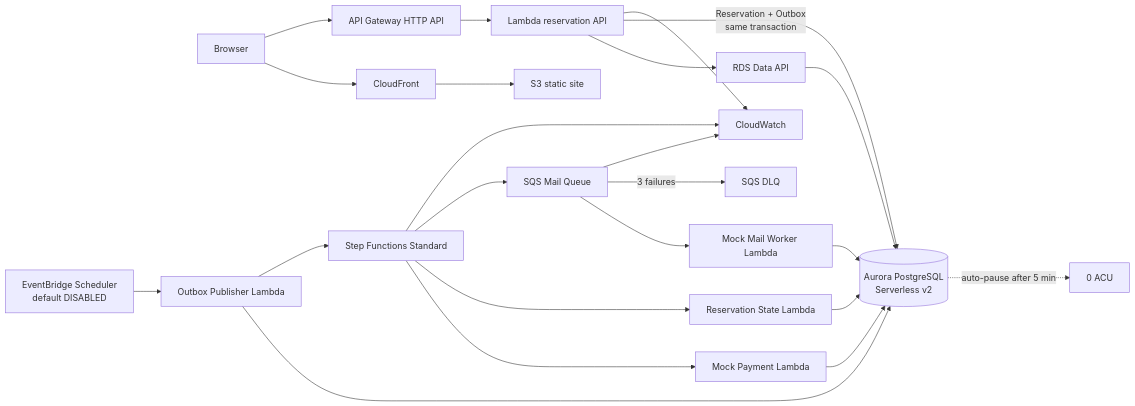
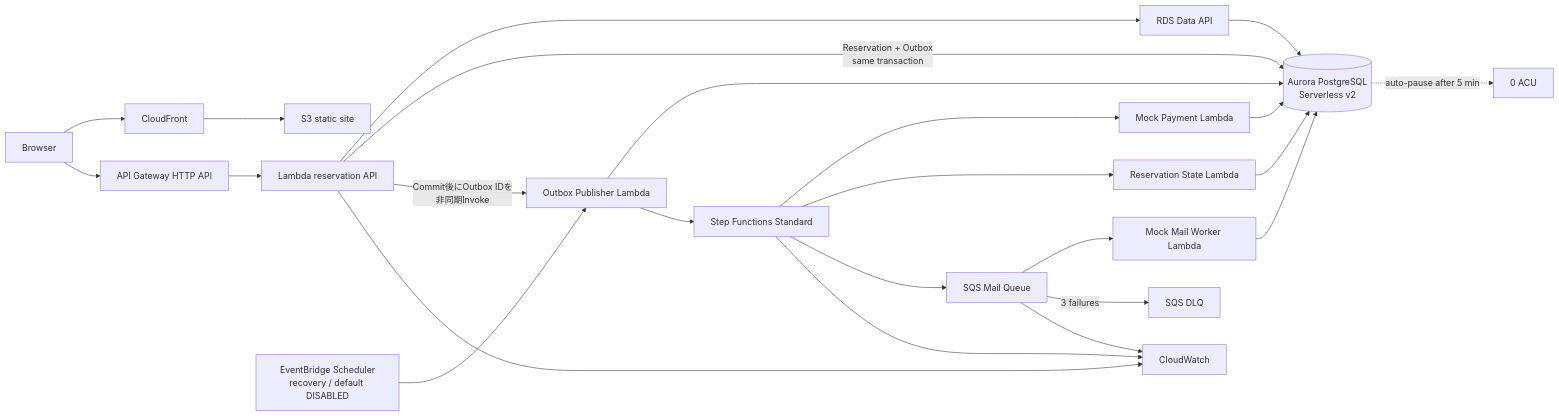
One commit to beetrand/sap changed the diagram in ticketing-lab/README.md. Above: the diagram before and after it, drawn with Mermaid. The commit also changed other lines of this file and 5 other files, not shown here.

````diff
--- a/ticketing-lab/README.md
+++ b/ticketing-lab/README.md
@@ -9,25 +9,26 @@
 ```mermaid
 flowchart LR
     U[Browser] --> CF[CloudFront]
     CF --> S3[S3 static site]
     U --> APIGW[API Gateway HTTP API]
     APIGW --> API[Lambda reservation API]
     API --> DATA[RDS Data API]
     DATA --> A[(Aurora PostgreSQL<br/>Serverless v2)]
     API -->|Reservation + Outbox<br/>same transaction| A
-    SCH[EventBridge Scheduler<br/>default DISABLED] --> PUB[Outbox Publisher Lambda]
+    API -->|Commit後にOutbox IDを<br/>非同期Invoke| PUB[Outbox Publisher Lambda]
+    SCH[EventBridge Scheduler<br/>recovery / default DISABLED] --> PUB
     PUB --> A
     PUB --> SF[Step Functions Standard]
     SF --> PAY[Mock Payment Lambda]
     SF --> RS[Reservation State Lambda]
     PAY --> A
     RS --> A
     SF --> Q[SQS Mail Queue]
     Q --> MW[Mock Mail Worker Lambda]
     Q -->|3 failures| DLQ[SQS DLQ]
     MW --> A
     API --> CW[CloudWatch]
     SF --> CW
     Q --> CW
     A -. auto-pause after 5 min .-> Z[0 ACU]
 ```
````
